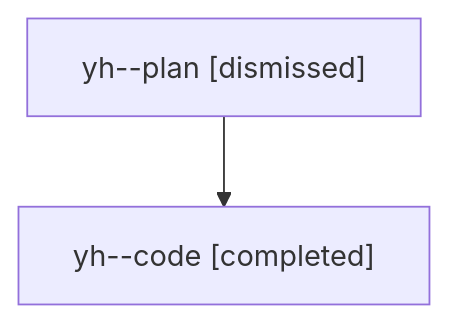
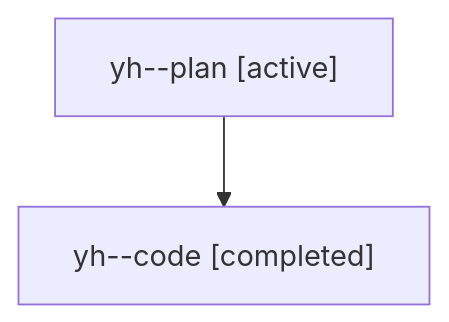
Before and after one commit to sase-org/sase--agents: the diagram in families/bbugyi200.athena.yh.md, drawn with Mermaid. The commit also changed other lines of this file and 35830 other files, not shown here.

````diff
--- a/families/bbugyi200.athena.yh.md
+++ b/families/bbugyi200.athena.yh.md
@@ -9,6 +9,6 @@
 ```mermaid
 flowchart TD
-  n0["yh--plan [dismissed]"]
+  n0["yh--plan [active]"]
   n1["yh--code [completed]"]
   n0 --> n1
 ```
````
